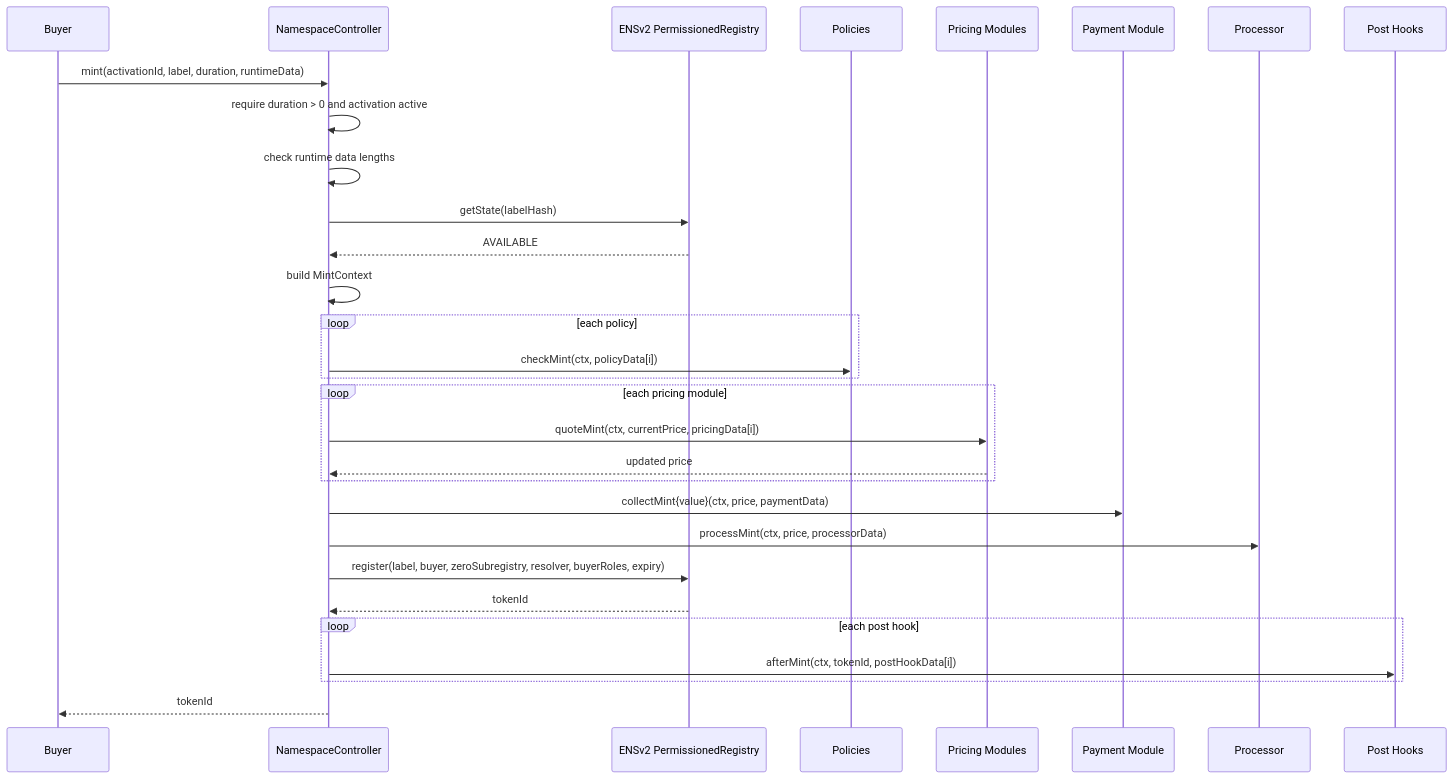
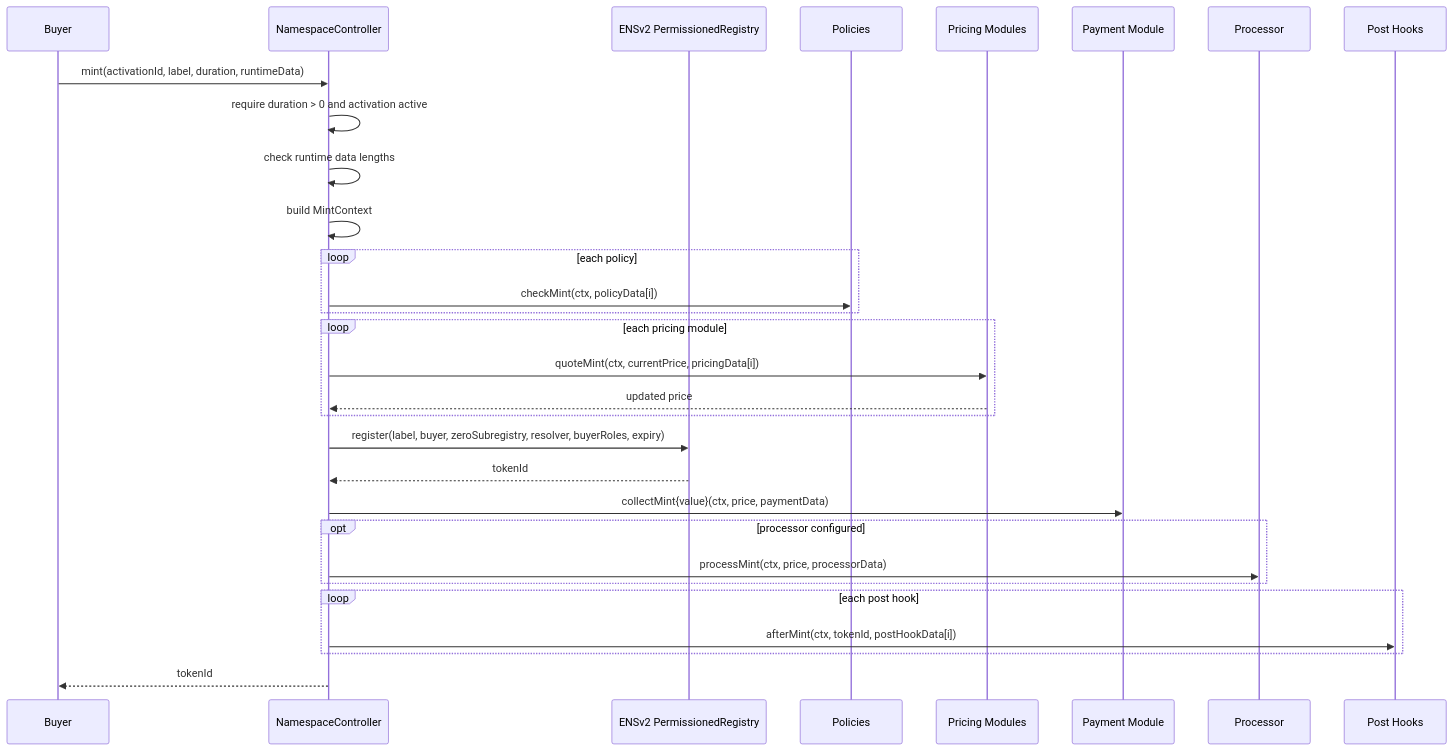
One commit to envoy1084/namespace-contracts-v2 changed the first of 2 diagrams in docs/03-mint-and-renewal-flow.md. Above: the diagram before and after it, drawn with Mermaid. The commit also changed other lines of this file and 29 other files, not shown here.

````diff
--- a/docs/03-mint-and-renewal-flow.md
+++ b/docs/03-mint-and-renewal-flow.md
@@ -33,33 +33,33 @@
 ```mermaid
 sequenceDiagram
     participant Buyer
     participant Controller as NamespaceController
     participant Registry as ENSv2 PermissionedRegistry
     participant Policy as Policies
     participant Pricing as Pricing Modules
     participant Payment as Payment Module
     participant Processor as Processor
     participant Hook as Post Hooks
 
     Buyer->>Controller: mint(activationId, label, duration, runtimeData)
     Controller->>Controller: require duration > 0 and activation active
     Controller->>Controller: check runtime data lengths
-    Controller->>Registry: getState(labelHash)
-    Registry-->>Controller: AVAILABLE
     Controller->>Controller: build MintContext
     loop each policy
         Controller->>Policy: checkMint(ctx, policyData[i])
     end
     loop each pricing module
         Controller->>Pricing: quoteMint(ctx, currentPrice, pricingData[i])
         Pricing-->>Controller: updated price
     end
-    Controller->>Payment: collectMint{value}(ctx, price, paymentData)
-    Controller->>Processor: processMint(ctx, price, processorData)
     Controller->>Registry: register(label, buyer, zeroSubregistry, resolver, buyerRoles, expiry)
     Registry-->>Controller: tokenId
+    Controller->>Payment: collectMint{value}(ctx, price, paymentData)
+    opt processor configured
+        Controller->>Processor: processMint(ctx, price, processorData)
+    end
     loop each post hook
         Controller->>Hook: afterMint(ctx, tokenId, postHookData[i])
     end
     Controller-->>Buyer: tokenId
 ```
````
